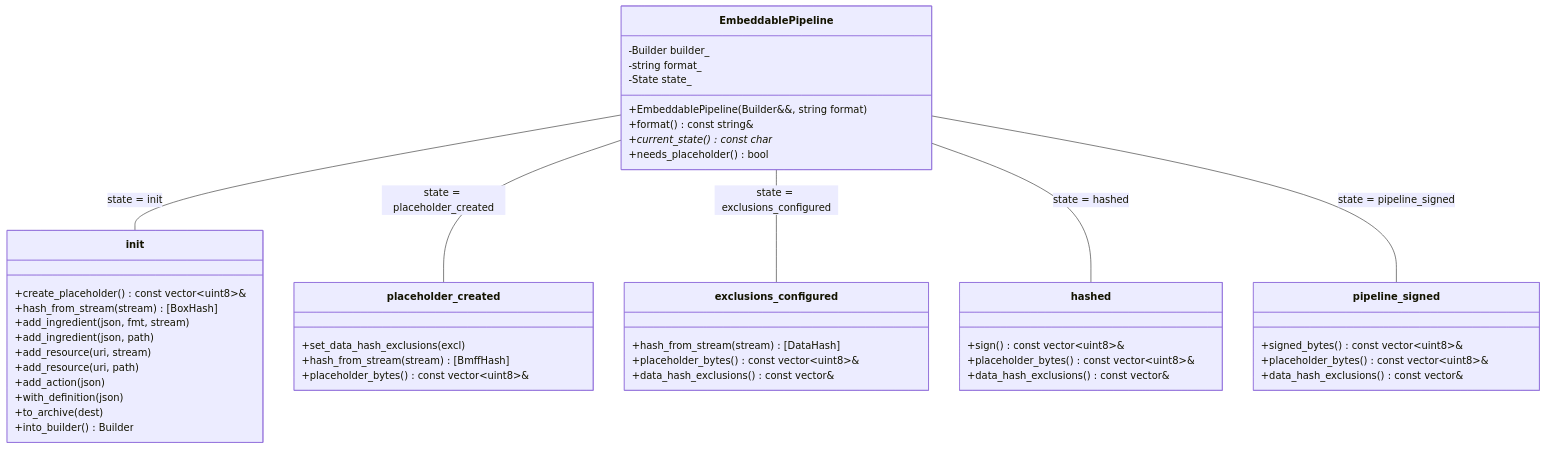
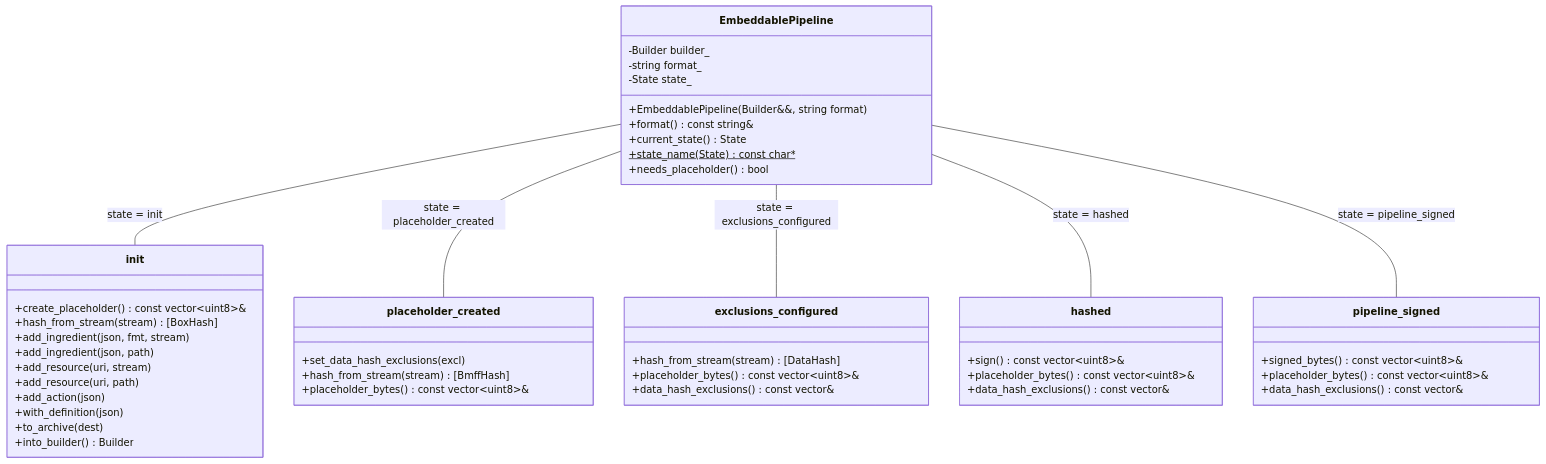
Before and after one commit to contentauth/c2pa-c: the eighth of 8 diagrams in docs/embeddable-api.md, drawn with Mermaid. The commit also changed 4 other files, not shown here.

````diff
--- a/docs/embeddable-api.md
+++ b/docs/embeddable-api.md
@@ -574,55 +574,56 @@
 ```mermaid
 classDiagram
     class EmbeddablePipeline {
         -Builder builder_
         -string format_
         -State state_
         +EmbeddablePipeline(Builder&&, string format)
         +format() const string&
-        +current_state() const char*
+        +current_state() State
+        +state_name(State) const char*$
         +needs_placeholder() bool
     }
 
     class init {
         +create_placeholder() const vector~uint8~&
         +hash_from_stream(stream) [BoxHash]
         +add_ingredient(json, fmt, stream)
         +add_ingredient(json, path)
         +add_resource(uri, stream)
         +add_resource(uri, path)
         +add_action(json)
         +with_definition(json)
         +to_archive(dest)
         +into_builder() Builder
     }
 
     class placeholder_created {
         +set_data_hash_exclusions(excl)
         +hash_from_stream(stream) [BmffHash]
         +placeholder_bytes() const vector~uint8~&
     }
 
     class exclusions_configured {
         +hash_from_stream(stream) [DataHash]
         +placeholder_bytes() const vector~uint8~&
         +data_hash_exclusions() const vector&
     }
 
     class hashed {
         +sign() const vector~uint8~&
         +placeholder_bytes() const vector~uint8~&
         +data_hash_exclusions() const vector&
     }
 
     class pipeline_signed {
         +signed_bytes() const vector~uint8~&
         +placeholder_bytes() const vector~uint8~&
         +data_hash_exclusions() const vector&
     }
 
     EmbeddablePipeline -- init : state = init
     EmbeddablePipeline -- placeholder_created : state = placeholder_created
     EmbeddablePipeline -- exclusions_configured : state = exclusions_configured
     EmbeddablePipeline -- hashed : state = hashed
     EmbeddablePipeline -- pipeline_signed : state = pipeline_signed
 ```
````
